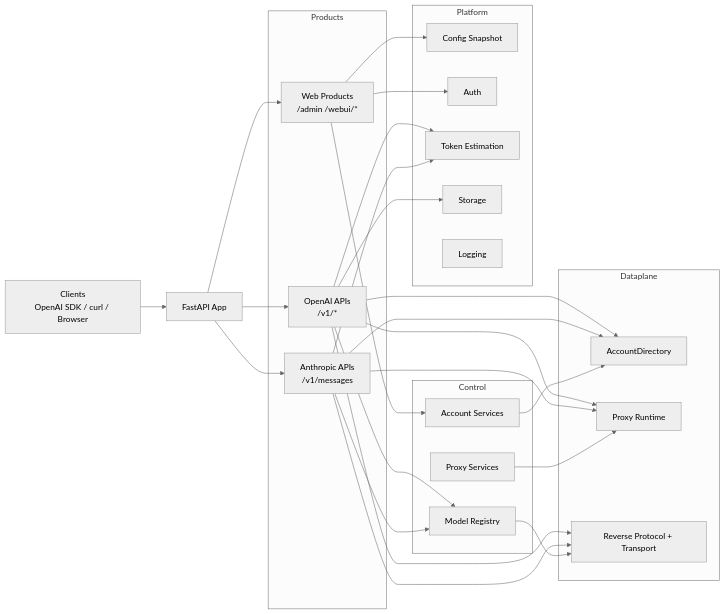
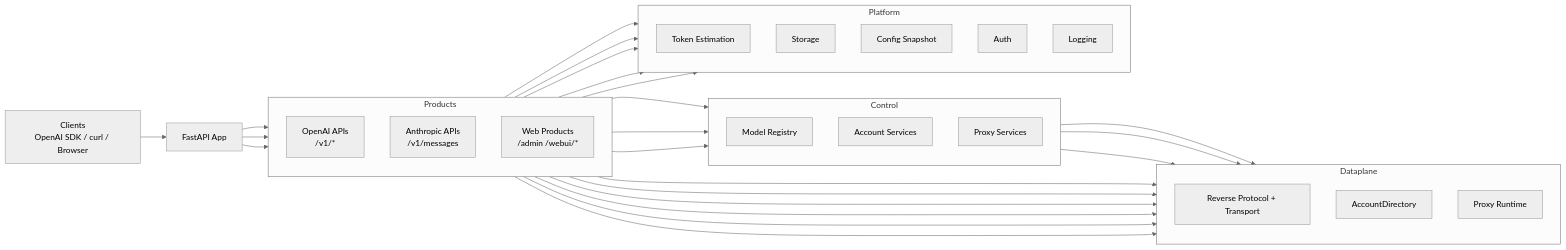
Before and after one commit to gnayhz/grok2api: the diagram in README.md, drawn with Mermaid (neutral theme). The commit also changed other lines of this file and 1 other file, not shown here.

````diff
--- a/README.md
+++ b/README.md
@@ -28,55 +29,59 @@
 ```mermaid
 flowchart LR
     Client["Clients\nOpenAI SDK / curl / Browser"] --> API["FastAPI App"]
 
     subgraph Products["Products"]
+        direction TB
         OpenAI["OpenAI APIs\n/v1/*"]
         Anthropic["Anthropic APIs\n/v1/messages"]
         Web["Web Products\n/admin /webui/*"]
     end
 
     subgraph Control["Control"]
+        direction TB
         Models["Model Registry"]
         Accounts["Account Services"]
         Proxies["Proxy Services"]
     end
 
     subgraph Dataplane["Dataplane"]
+        direction TB
+        Reverse["Reverse Protocol + Transport"]
         AccountDP["AccountDirectory"]
         ProxyDP["Proxy Runtime"]
-        Reverse["Reverse Protocol + Transport"]
     end
 
     subgraph Platform["Platform"]
+        direction TB
+        Tokens["Token Estimation"]
+        Storage["Storage"]
         Config["Config Snapshot"]
         Auth["Auth"]
-        Tokens["Token Estimation"]
-        Storage["Storage"]
         Log["Logging"]
     end
 
     API --> OpenAI
     API --> Anthropic
     API --> Web
 
     OpenAI --> Models
     OpenAI --> AccountDP
     OpenAI --> ProxyDP
     OpenAI --> Reverse
     OpenAI --> Tokens
     OpenAI --> Storage
 
     Anthropic --> Models
     Anthropic --> AccountDP
     Anthropic --> ProxyDP
     Anthropic --> Reverse
     Anthropic --> Tokens
 
     Web --> Accounts
     Web --> Config
     Web --> Auth
 
     Accounts --> AccountDP
     Proxies --> ProxyDP
     Models --> Reverse
 ```
````
